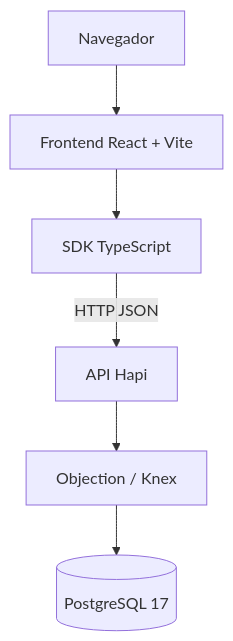
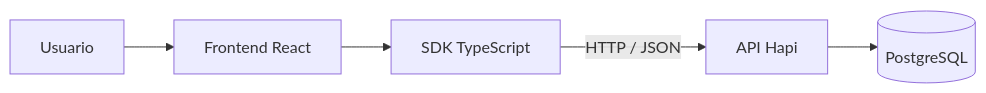
One commit to luiscardozo161002/vacations-system changed the first of 2 diagrams in docs/ARCHITECTURE.md. Above: the diagram before and after it, drawn with Mermaid. The commit also changed other lines of this file and 34 other files, not shown here.

````diff
--- a/docs/ARCHITECTURE.md
+++ b/docs/ARCHITECTURE.md
@@ -5,8 +11,7 @@
 ```mermaid
-flowchart TD
-  U[Navegador] --> F[Frontend React + Vite]
+flowchart LR
+  U[Usuario] --> F[Frontend React]
   F --> S[SDK TypeScript]
-  S -->|HTTP JSON| A[API Hapi]
-  A --> O[Objection / Knex]
-  O --> P[(PostgreSQL 17)]
+  S -->|HTTP / JSON| A[API Hapi]
+  A --> D[(PostgreSQL)]
 ```
````
